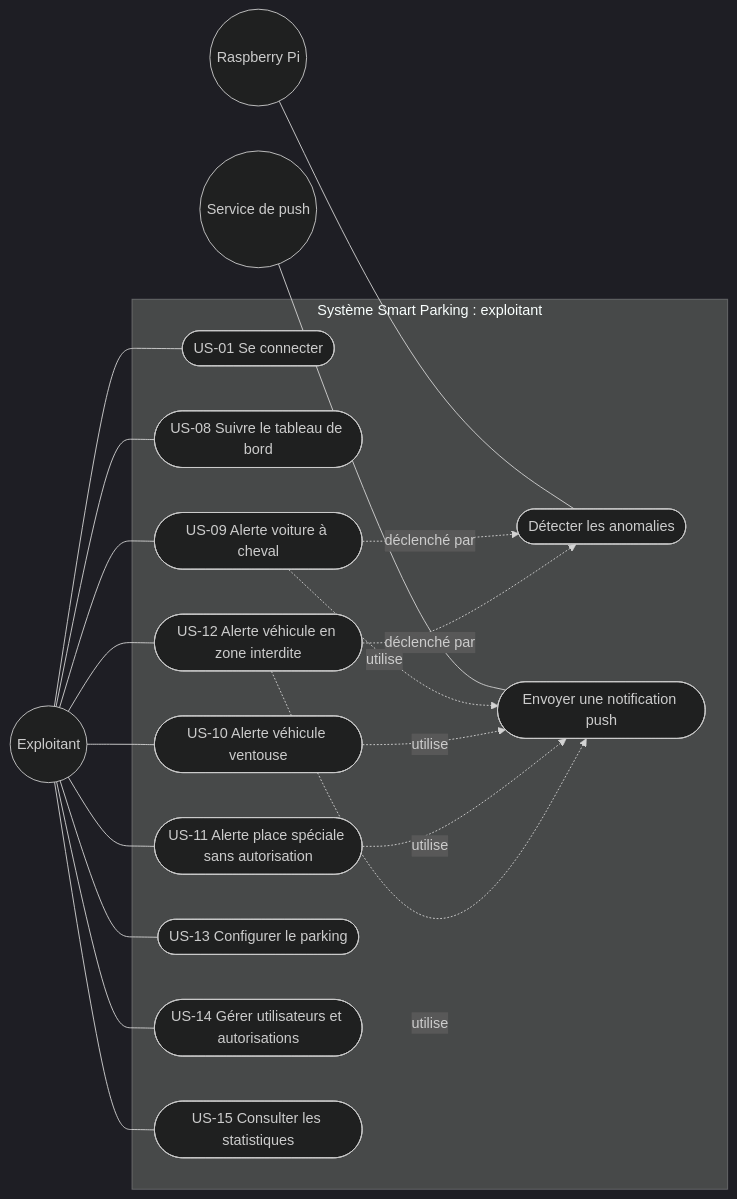
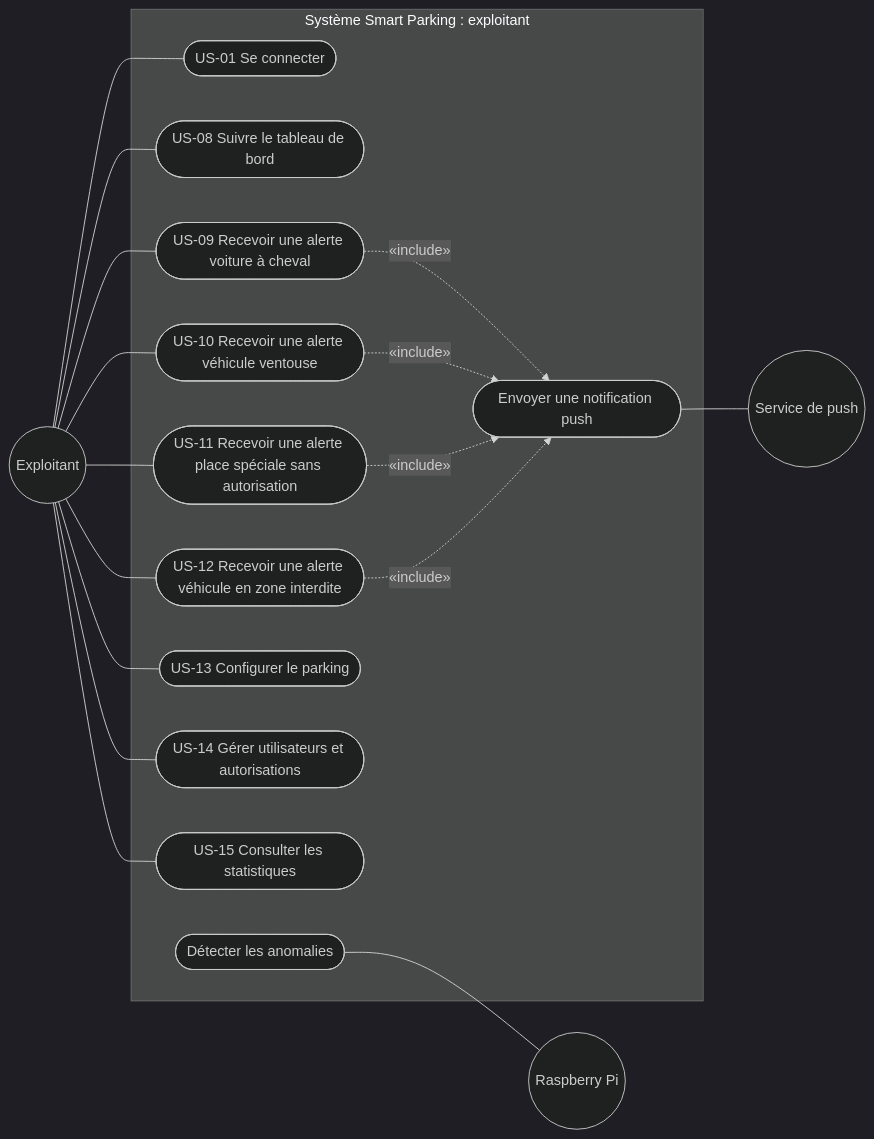
Before and after one commit to amaltrigui19/projet_smart_parking: the second of 2 diagrams in docs/uml/01-cas-utilisation.md, drawn with Mermaid (dark theme). The commit also changed other lines of this file and 3 other files, not shown here.

Commit message:
uml corrigée

````diff
--- a/docs/uml/01-cas-utilisation.md
+++ b/docs/uml/01-cas-utilisation.md
@@ -51,40 +52,39 @@
 ```mermaid
 flowchart LR
     exploitant(("Exploitant"))
-    pi(("Raspberry Pi"))
-    push(("Service de push"))
 
     subgraph systeme ["Système Smart Parking : exploitant"]
         uc01(["US-01 Se connecter"])
         uc08(["US-08 Suivre le tableau de bord"])
-        uc09(["US-09 Alerte voiture à cheval"])
-        uc10(["US-10 Alerte véhicule ventouse"])
-        uc11(["US-11 Alerte place spéciale sans autorisation"])
-        uc12(["US-12 Alerte véhicule en zone interdite"])
+        uc09(["US-09 Recevoir une alerte voiture à cheval"])
+        uc10(["US-10 Recevoir une alerte véhicule ventouse"])
+        uc11(["US-11 Recevoir une alerte place spéciale sans autorisation"])
+        uc12(["US-12 Recevoir une alerte véhicule en zone interdite"])
         uc13(["US-13 Configurer le parking"])
         uc14(["US-14 Gérer utilisateurs et autorisations"])
         uc15(["US-15 Consulter les statistiques"])
         anomalies(["Détecter les anomalies"])
         notifier(["Envoyer une notification push"])
     end
+
+    pi(("Raspberry Pi"))
+    push(("Service de push"))
 
     exploitant --- uc01
     exploitant --- uc08
     exploitant --- uc09
     exploitant --- uc10
     exploitant --- uc11
     exploitant --- uc12
     exploitant --- uc13
     exploitant --- uc14
     exploitant --- uc15
 
-    pi --- anomalies
-    push --- notifier
+    anomalies --- pi
+    notifier --- push
 
-    uc09 -.->|"déclenché par"| anomalies
-    uc12 -.->|"déclenché par"| anomalies
-    uc09 -.->|"utilise"| notifier
-    uc10 -.->|"utilise"| notifier
-    uc11 -.->|"utilise"| notifier
-    uc12 -.->|"utilise"| notifier
+    uc09 -.->|"«include»"| notifier
+    uc10 -.->|"«include»"| notifier
+    uc11 -.->|"«include»"| notifier
+    uc12 -.->|"«include»"| notifier
 ```
````
